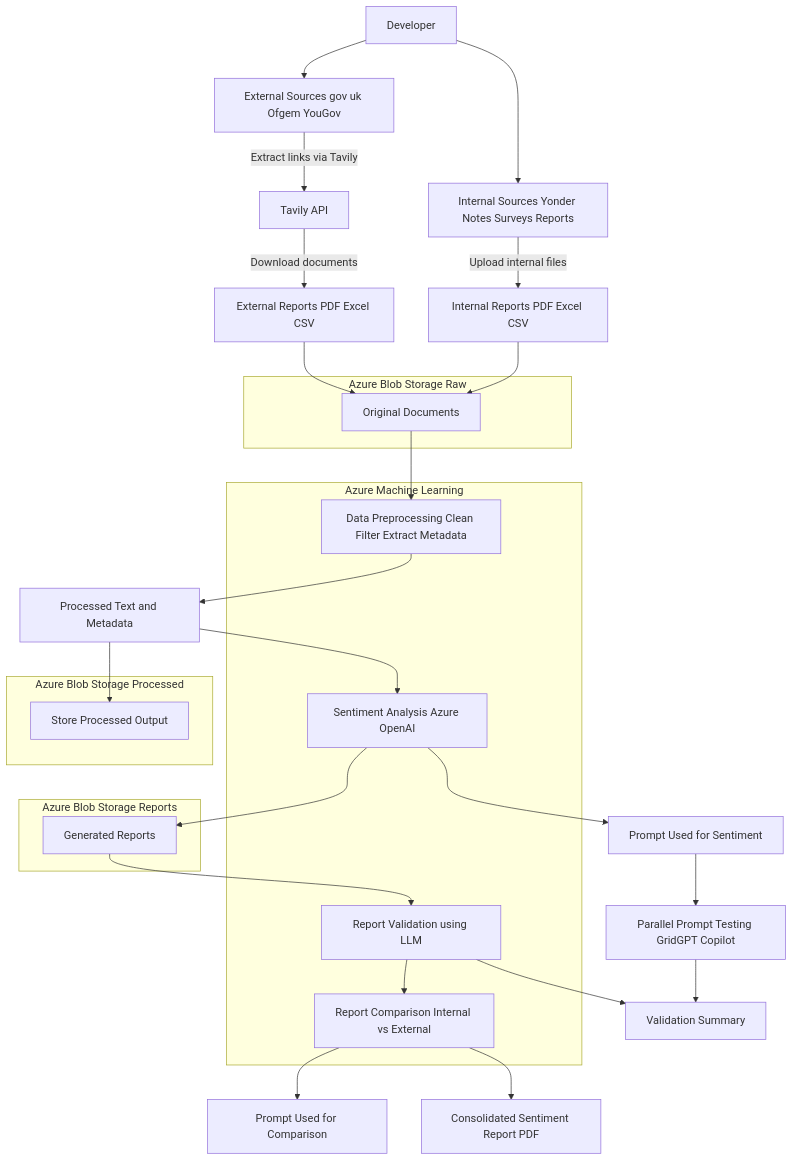
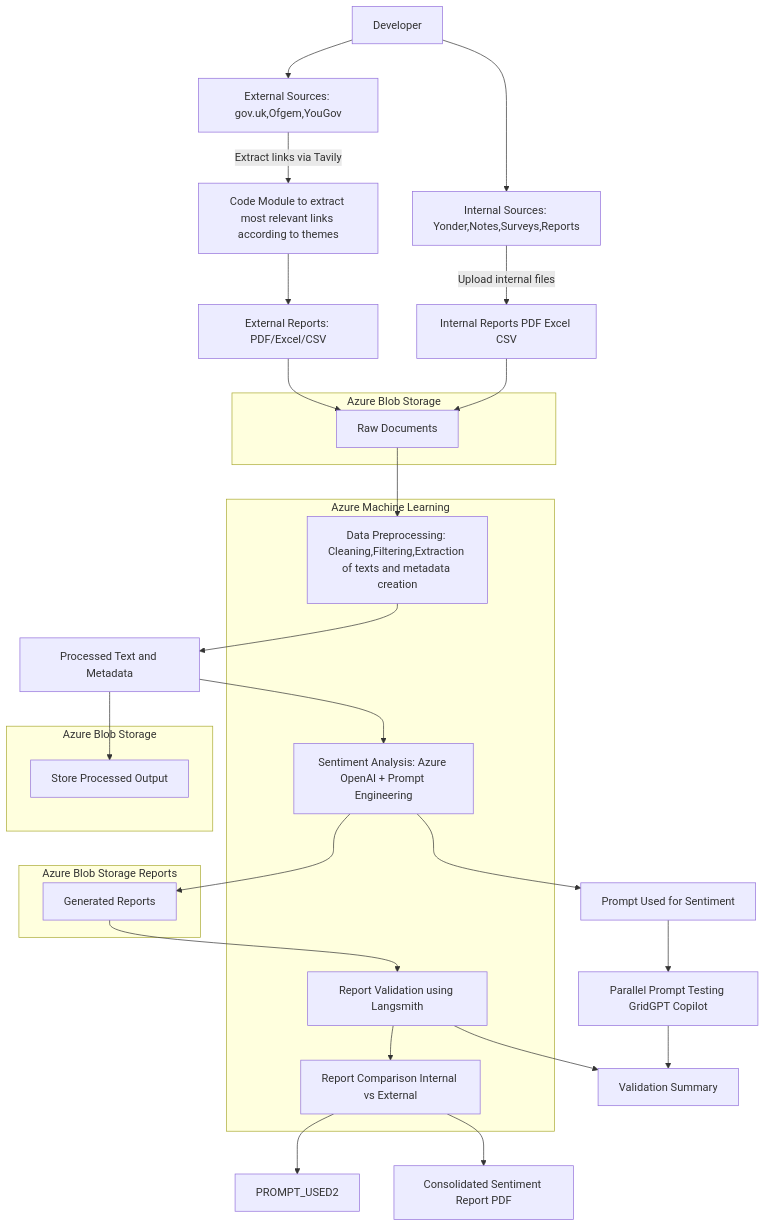
Before and after one commit to heena98765/Sentiment-analysis: the diagram in docs/architecture.md, drawn with Mermaid.

Commit message:
Refine architecture documentation for clarity
Updated architecture diagram to clarify sources and processes.

````diff
--- a/docs/architecture.md
+++ b/docs/architecture.md
@@ -5,69 +5,68 @@
 ```mermaid
 flowchart TB
 
     DEV[Developer]
 
-    EXT_SOURCES[External Sources gov uk Ofgem YouGov]
-    INT_SOURCES[Internal Sources Yonder Notes Surveys Reports]
+    EXT_SOURCES[External Sources: gov.uk,Ofgem,YouGov]
+    INT_SOURCES[Internal Sources: Yonder,Notes,Surveys,Reports]
 
     DEV --> EXT_SOURCES
     DEV --> INT_SOURCES
 
-    EXT_SOURCES -->|Extract links via Tavily| TAVILY[Tavily API]
-    TAVILY -->|Download documents| EXT_DOCS[External Reports PDF Excel CSV]
+    EXT_SOURCES -->|Extract links via Tavily| TAVILY[Code Module to extract most relevant links according to themes]
+    TAVILY -->EXT_DOCS[External Reports: PDF/Excel/CSV]
 
     INT_SOURCES -->|Upload internal files| INT_DOCS[Internal Reports PDF Excel CSV]
 
-    subgraph BLOB1[Azure Blob Storage Raw]
-        RAW_STORE[Original Documents]
+    subgraph BLOB1[Azure Blob Storage ]
+        RAW_STORE[Raw Documents]
     end
 
     EXT_DOCS --> RAW_STORE
     INT_DOCS --> RAW_STORE
 
     %% Azure ML Block
     subgraph AML[Azure Machine Learning]
-        PREPROC[Data Preprocessing Clean Filter Extract Metadata]
-        SA[Sentiment Analysis Azure OpenAI]
-        VALID[Report Validation using LLM]
+        PREPROC[Data Preprocessing: Cleaning,Filtering,Extraction of texts and metadata creation]
+        SA[Sentiment Analysis: Azure OpenAI + Prompt Engineering]
+        VALID[Report Validation using Langsmith]
         COMPARE[Report Comparison Internal vs External]
     end
 
     RAW_STORE --> PREPROC
 
     PROC_OUT[Processed Text and Metadata]
     PREPROC --> PROC_OUT
 
-    subgraph BLOB2[Azure Blob Storage Processed]
+    subgraph BLOB2[Azure Blob Storage]
         FINAL_PROC_STORE[Store Processed Output]
     end
     PROC_OUT --> FINAL_PROC_STORE
 
     PROC_OUT --> SA
 
     PROMPT_USED1[Prompt Used for Sentiment]
     SA --> PROMPT_USED1
 
     subgraph BLOB3[Azure Blob Storage Reports]
         REPORT_STORE[Generated Reports]
     end
 
     SA --> REPORT_STORE
 
     REPORT_STORE --> VALID
     VAL_SUMMARY[Validation Summary]
     VALID --> VAL_SUMMARY
 
     GRIDGPT[Parallel Prompt Testing GridGPT Copilot]
     PROMPT_USED1 --> GRIDGPT
     GRIDGPT --> VAL_SUMMARY
 
     VALID --> COMPARE
 
-    PROMPT_USED2[Prompt Used for Comparison]
     COMPARE --> PROMPT_USED2
 
     FINAL_OUTPUT[Consolidated Sentiment Report PDF]
     COMPARE --> FINAL_OUTPUT
 
 ```
````
